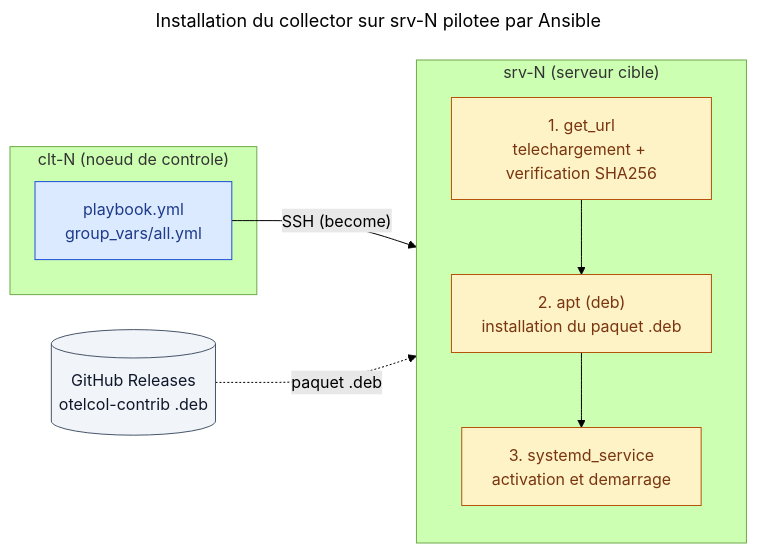
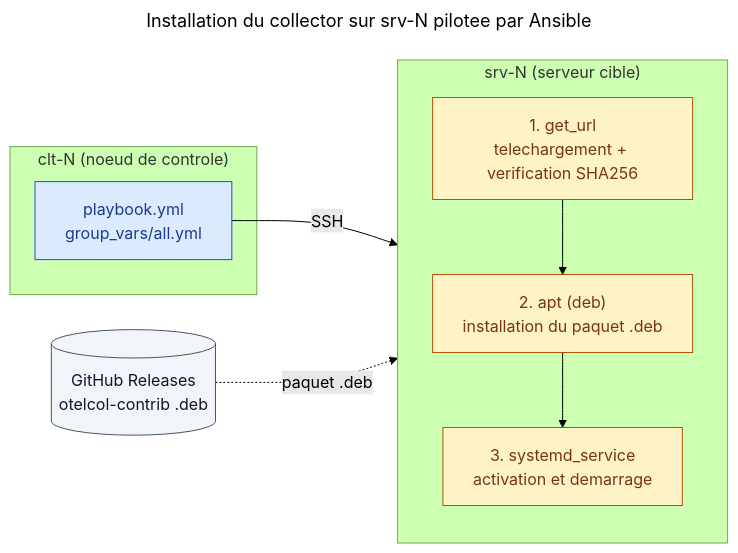
One commit to pragmatic-fermat/opentelemetry-labs changed the second of 6 diagrams in Lab_04_Ansible_Jinja2.md. Above: the diagram before and after it, drawn with Mermaid (forest theme). The commit also changed other lines of this file, not shown here.

Commit message:
lab 4 : retrait de become des legendes des schemas
Les labels des schemas indiquent desormais seulement SSH ; become reste explique
dans le texte et dans le playbook, ou il a un sens.

````diff
--- a/Lab_04_Ansible_Jinja2.md
+++ b/Lab_04_Ansible_Jinja2.md
@@ -173,30 +173,30 @@
 ```mermaid
 ---
 title: Installation du collector sur srv-N pilotee par Ansible
 ---
 flowchart LR
   subgraph CLT["clt-N (noeud de controle)"]
     PB["playbook.yml<br/>group_vars/all.yml"]
   end
 
   GH[("GitHub Releases<br/>otelcol-contrib .deb")]
 
   subgraph SRV["srv-N (serveur cible)"]
     direction TB
     T1["1. get_url<br/>telechargement + verification SHA256"]
     T2["2. apt (deb)<br/>installation du paquet .deb"]
     T3["3. systemd_service<br/>activation et demarrage"]
     T1 --> T2 --> T3
   end
 
-  PB -->|"SSH (become)"| T1
+  PB -->|"SSH"| T1
   GH -.->|"paquet .deb"| T1
 
   classDef ctrl fill:#dbeafe,stroke:#1d4ed8,color:#1e3a8a
   classDef task fill:#fef3c7,stroke:#b45309,color:#78350f
   classDef ext fill:#f1f5f9,stroke:#475569,color:#0f172a
 
   class PB ctrl
   class T1,T2,T3 task
   class GH ext
 ```
````
